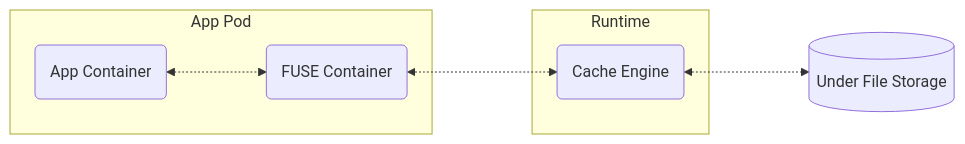
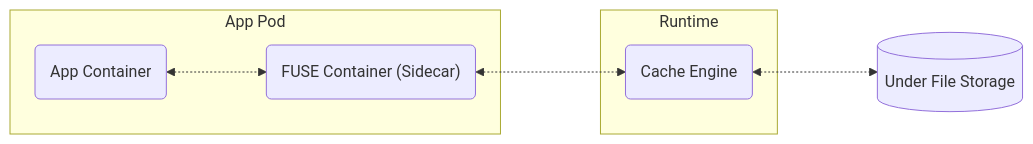
Before and after one commit to fluid-cloudnative/fluid-cloudnative.github.io: the second of 2 diagrams in i18n/zh/docusaurus-plugin-content-docs/current/03-tutorials/03-data-accessing/posix.mdx, drawn with Mermaid. The commit also changed other lines of this file and 10 other files, not shown here.

````diff
--- a/i18n/zh/docusaurus-plugin-content-docs/current/03-tutorials/03-data-accessing/posix.mdx
+++ b/i18n/zh/docusaurus-plugin-content-docs/current/03-tutorials/03-data-accessing/posix.mdx
@@ -117,12 +118,12 @@
 ```mermaid
 flowchart LR
     subgraph "App Pod"
     app("App Container")
-    fuse("FUSE Container")
+    fuse("FUSE Container (Sidecar)")
     end
     subgraph Runtime
     cache_engine("Cache Engine")
     end
     storage[("Under File Storage")]
     app <-..-> fuse <-..-> cache_engine <-..-> storage
 ``` 
````
